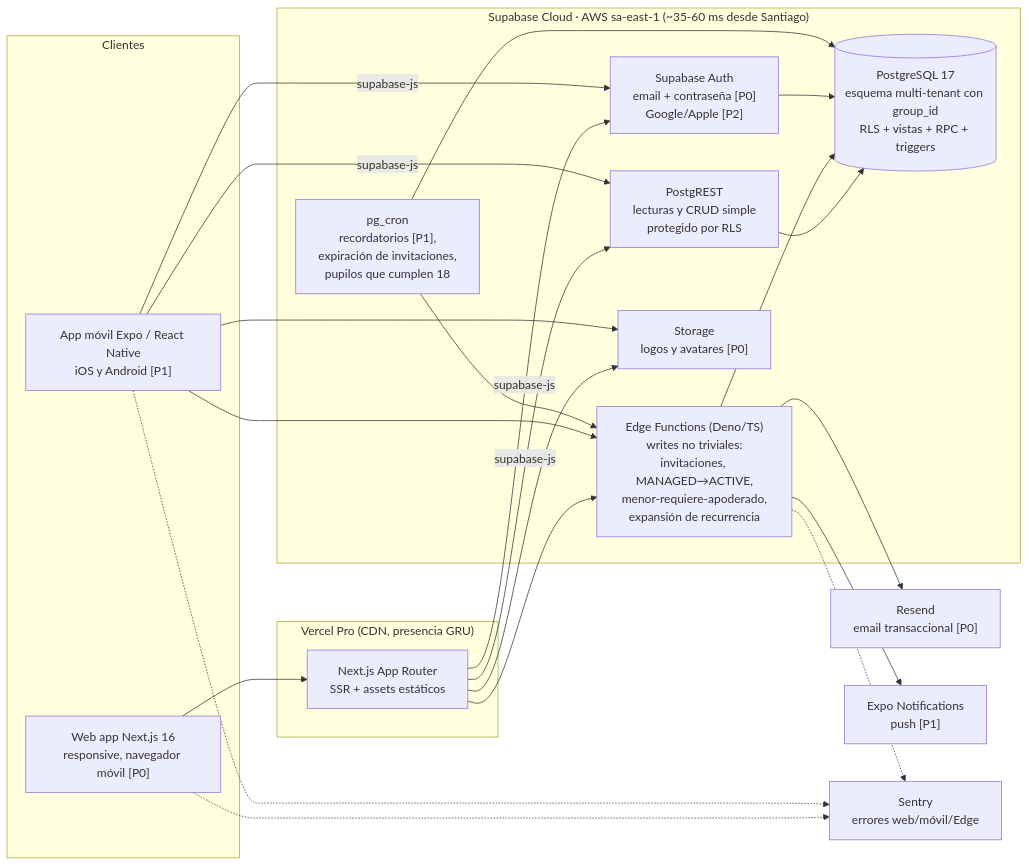
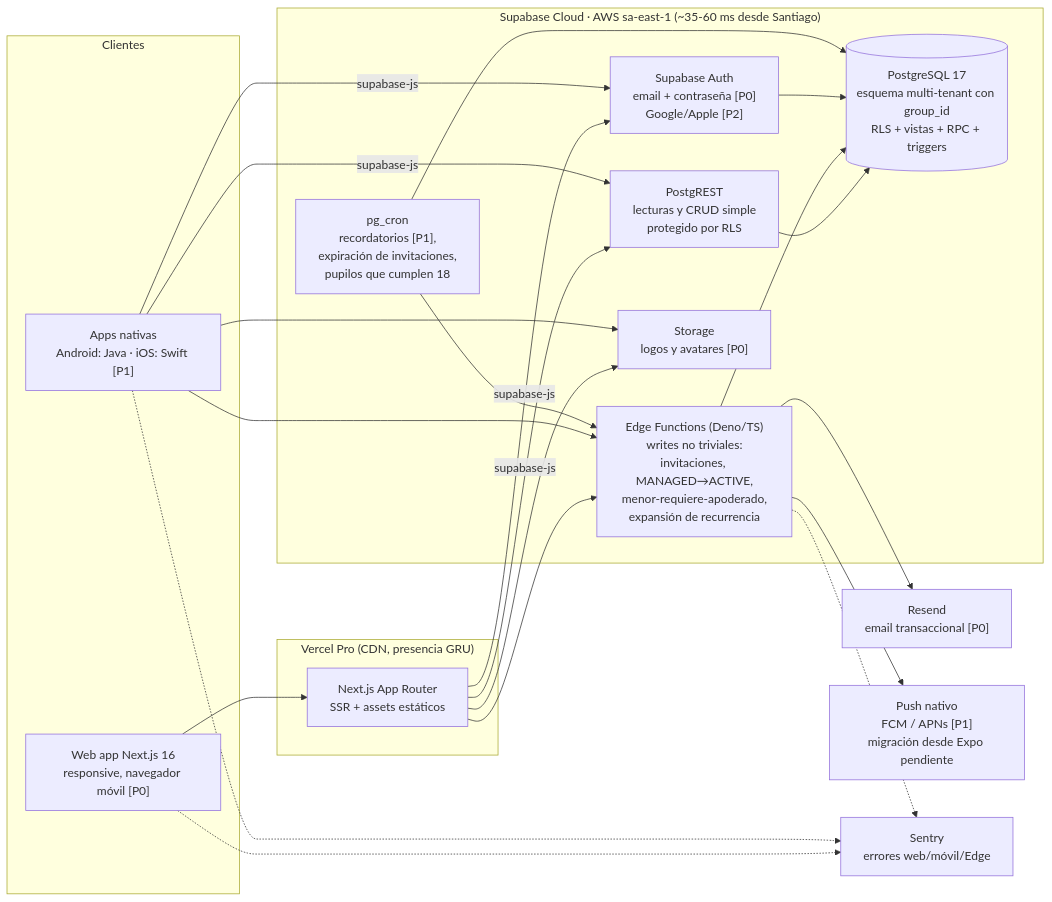
One commit to AlexxSome/asisteam changed the diagram in docs/06-arquitectura-y-stack.md. Above: the diagram before and after it, drawn with Mermaid. The commit also changed other lines of this file and 6 other files, not shown here.

Commit message:
docs(mobile): replanificar apps nativas Android e iOS

````diff
--- a/docs/06-arquitectura-y-stack.md
+++ b/docs/06-arquitectura-y-stack.md
@@ -22,44 +22,44 @@
 ```mermaid
 flowchart LR
     subgraph Clientes
         WEB["Web app Next.js 16<br/>responsive, navegador móvil [P0]"]
-        MOB["App móvil Expo / React Native<br/>iOS y Android [P1]"]
+        MOB["Apps nativas<br/>Android: Java · iOS: Swift [P1]"]
     end
 
     subgraph Vercel["Vercel Pro (CDN, presencia GRU)"]
         NEXT["Next.js App Router<br/>SSR + assets estáticos"]
     end
 
     subgraph SB["Supabase Cloud · AWS sa-east-1 (~35-60 ms desde Santiago)"]
         AUTH["Supabase Auth<br/>email + contraseña [P0]<br/>Google/Apple [P2]"]
         REST["PostgREST<br/>lecturas y CRUD simple<br/>protegido por RLS"]
         EDGE["Edge Functions (Deno/TS)<br/>writes no triviales:<br/>invitaciones, MANAGED→ACTIVE,<br/>menor-requiere-apoderado,<br/>expansión de recurrencia"]
         PG[("PostgreSQL 17<br/>esquema multi-tenant con group_id<br/>RLS + vistas + RPC + triggers")]
         STORE["Storage<br/>logos y avatares [P0]"]
         CRON["pg_cron<br/>recordatorios [P1],<br/>expiración de invitaciones,<br/>pupilos que cumplen 18"]
     end
 
     RESEND["Resend<br/>email transaccional [P0]"]
-    EXPUSH["Expo Notifications<br/>push [P1]"]
+    PUSH["Push nativo<br/>FCM / APNs [P1]<br/>migración desde Expo pendiente"]
     SENTRY["Sentry<br/>errores web/móvil/Edge"]
 
     WEB --> NEXT
     NEXT -->|"supabase-js"| AUTH
     NEXT -->|"supabase-js"| REST
     NEXT --> EDGE
     MOB -->|"supabase-js"| AUTH
     MOB -->|"supabase-js"| REST
     MOB --> EDGE
     REST --> PG
     EDGE --> PG
     AUTH --> PG
     CRON --> PG
     CRON --> EDGE
     EDGE --> RESEND
-    EDGE --> EXPUSH
+    EDGE --> PUSH
     WEB -.-> SENTRY
     MOB -.-> SENTRY
     EDGE -.-> SENTRY
     NEXT --> STORE
     MOB --> STORE
 ```
````
